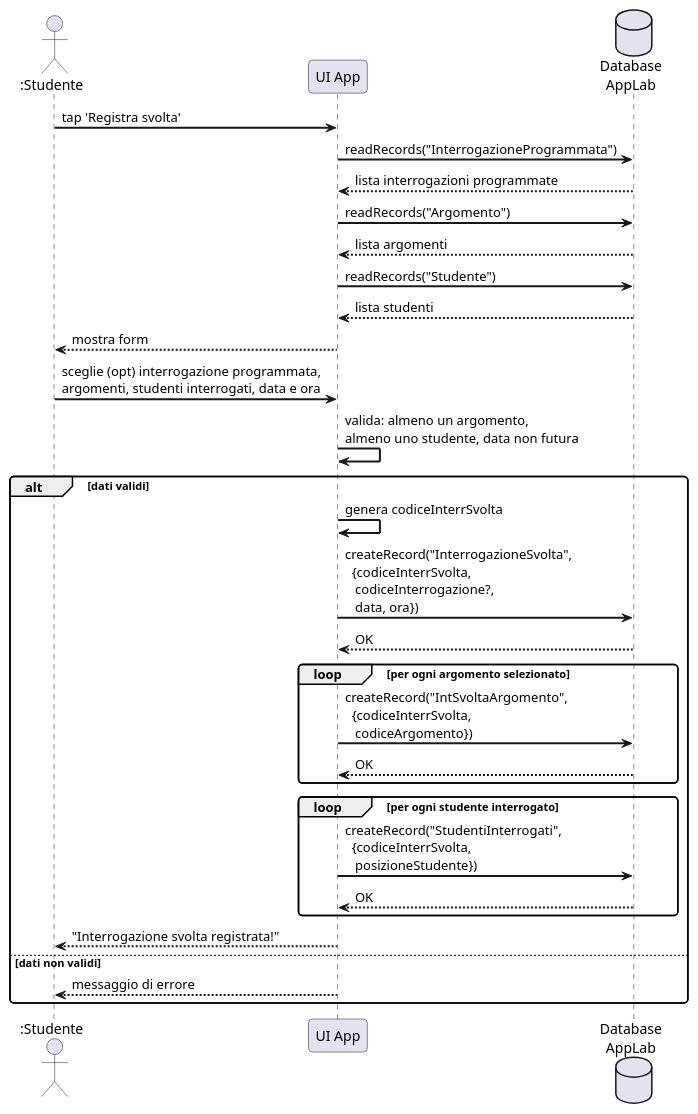
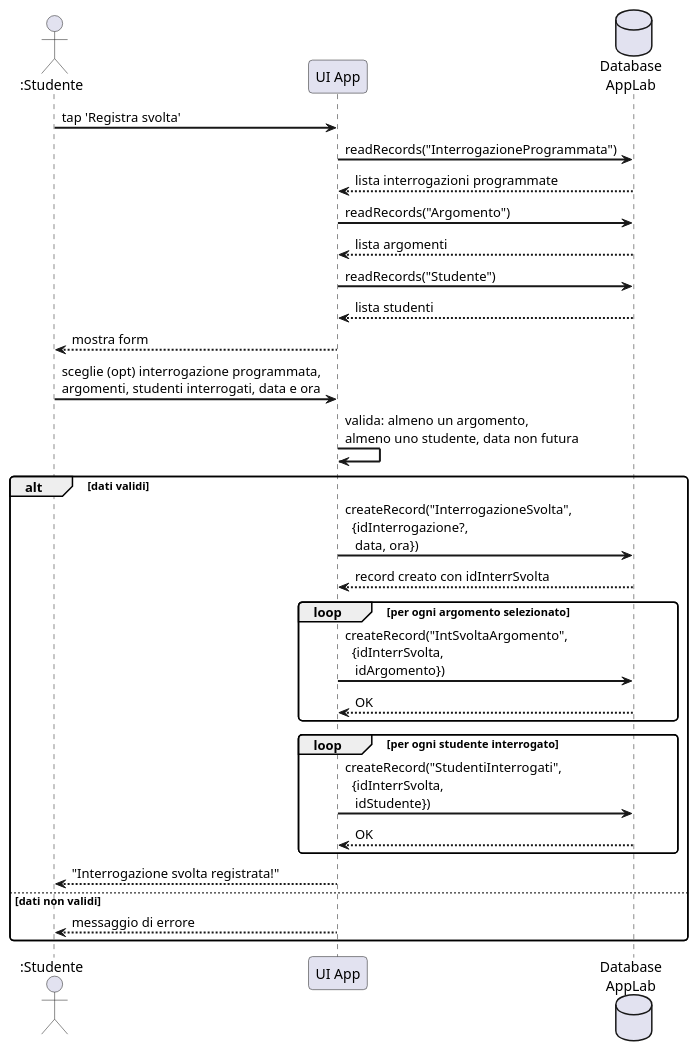
Before and after one commit to gionatamassibenincasa/study-together: the seventh of 8 diagrams in srs.adoc, drawn with PlantUML. The commit also changed other lines of this file and 11 other files, not shown here.

Commit message:
Align schema to auto-generated IDs

```diff
--- a/srs.adoc
+++ b/srs.adoc
@@ -748,43 +778,42 @@
 [plantuml, sd-registra-svolta, svg]
 ....
 @startuml
 skinparam sequenceArrowThickness 2
 skinparam roundcorner 8
 
 actor ":Studente" as S
 participant "UI App" as UI
 database "Database\nAppLab" as DB
 
 S -> UI : tap 'Registra svolta'
 UI -> DB : readRecords("InterrogazioneProgrammata")
 DB --> UI : lista interrogazioni programmate
 
 UI -> DB : readRecords("Argomento")
 DB --> UI : lista argomenti
 
 UI -> DB : readRecords("Studente")
 DB --> UI : lista studenti
 
 UI --> S : mostra form
 
 S -> UI : sceglie (opt) interrogazione programmata,\nargomenti, studenti interrogati, data e ora
 UI -> UI : valida: almeno un argomento,\nalmeno uno studente, data non futura
 
 alt dati validi
-  UI -> UI : genera codiceInterrSvolta
-  UI -> DB : createRecord("InterrogazioneSvolta",\n  {codiceInterrSvolta,\n   codiceInterrogazione?,\n   data, ora})
-  DB --> UI : OK
+  UI -> DB : createRecord("InterrogazioneSvolta",\n  {idInterrogazione?,\n   data, ora})
+  DB --> UI : record creato con idInterrSvolta
   loop per ogni argomento selezionato
-    UI -> DB : createRecord("IntSvoltaArgomento",\n  {codiceInterrSvolta,\n   codiceArgomento})
+    UI -> DB : createRecord("IntSvoltaArgomento",\n  {idInterrSvolta,\n   idArgomento})
     DB --> UI : OK
   end
   loop per ogni studente interrogato
-    UI -> DB : createRecord("StudentiInterrogati",\n  {codiceInterrSvolta,\n   posizioneStudente})
+    UI -> DB : createRecord("StudentiInterrogati",\n  {idInterrSvolta,\n   idStudente})
     DB --> UI : OK
   end
   UI --> S : "Interrogazione svolta registrata!"
 else dati non validi
   UI --> S : messaggio di errore
 end
 @enduml
 ....
```
